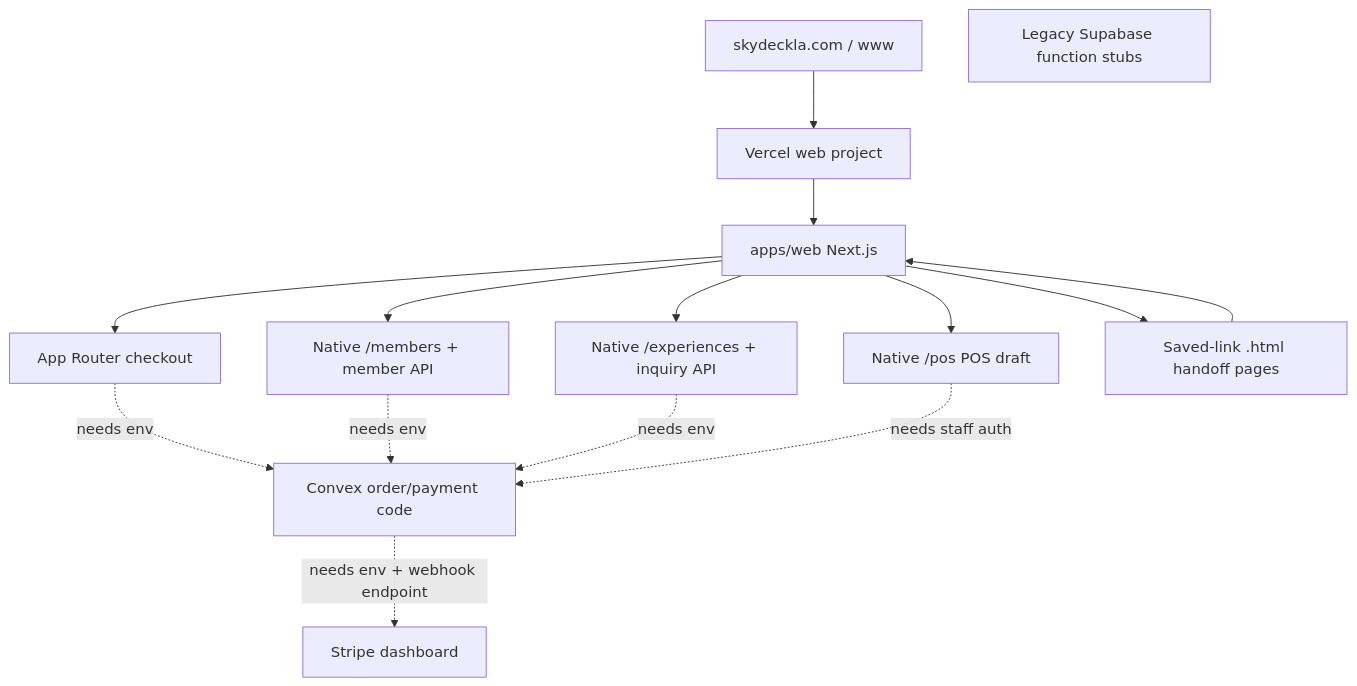
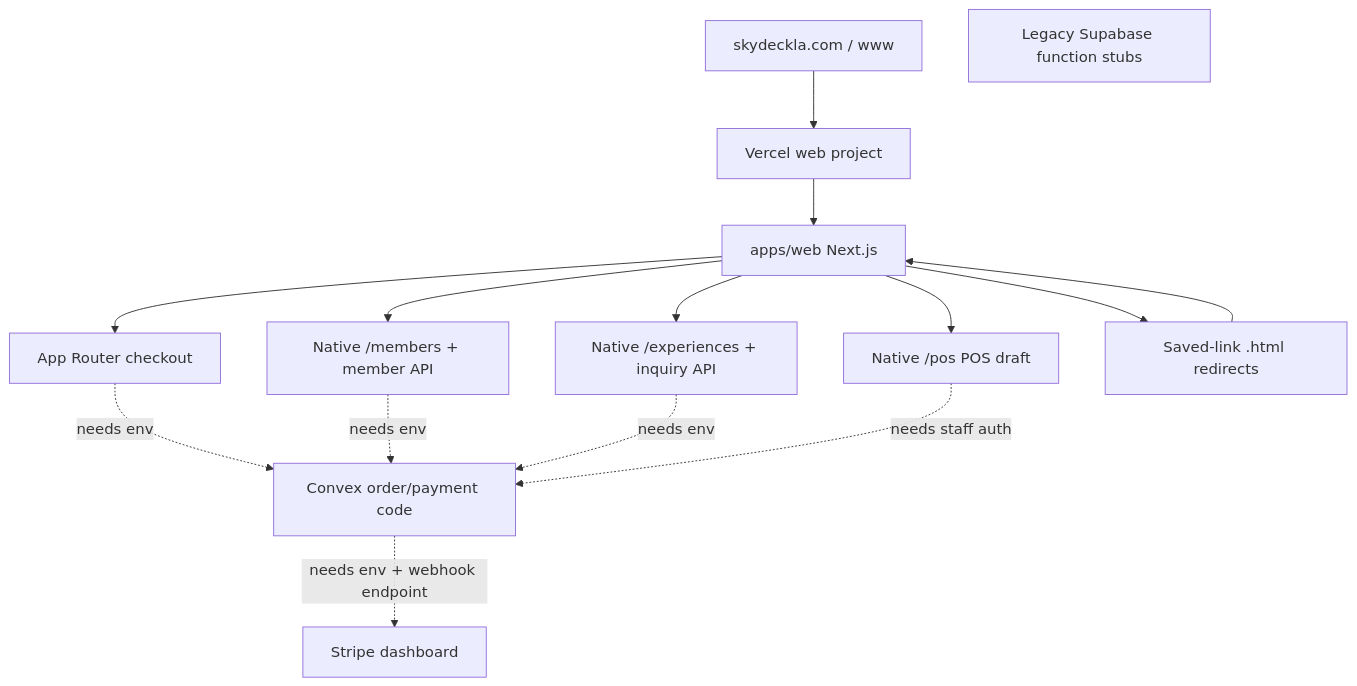
One commit to junyengit/skyla changed the diagram in docs/runbooks/production-readiness-checklist.md. Above: the diagram before and after it, drawn with Mermaid. The commit also changed other lines of this file and 38 other files, not shown here.

````diff
--- a/docs/runbooks/production-readiness-checklist.md
+++ b/docs/runbooks/production-readiness-checklist.md
@@ -211,25 +219,25 @@
 ```mermaid
 flowchart TD
   domain["skydeckla.com / www"]
   vercel["Vercel web project"]
   next["apps/web Next.js"]
   checkout["App Router checkout"]
   members["Native /members + member API"]
   experiences["Native /experiences + inquiry API"]
   pos["Native /pos POS draft"]
-  handoff["Saved-link .html handoff pages"]
+  redirects["Saved-link .html redirects"]
   supabase["Legacy Supabase function stubs"]
   convex["Convex order/payment code"]
   stripe["Stripe dashboard"]
 
   domain --> vercel --> next --> checkout
   next --> members
   next --> experiences
   next --> pos
-  next --> handoff --> next
+  next --> redirects --> next
   checkout -. "needs env" .-> convex
   members -. "needs env" .-> convex
   experiences -. "needs env" .-> convex
   pos -. "needs staff auth" .-> convex
   convex -. "needs env + webhook endpoint" .-> stripe
 ```
````
